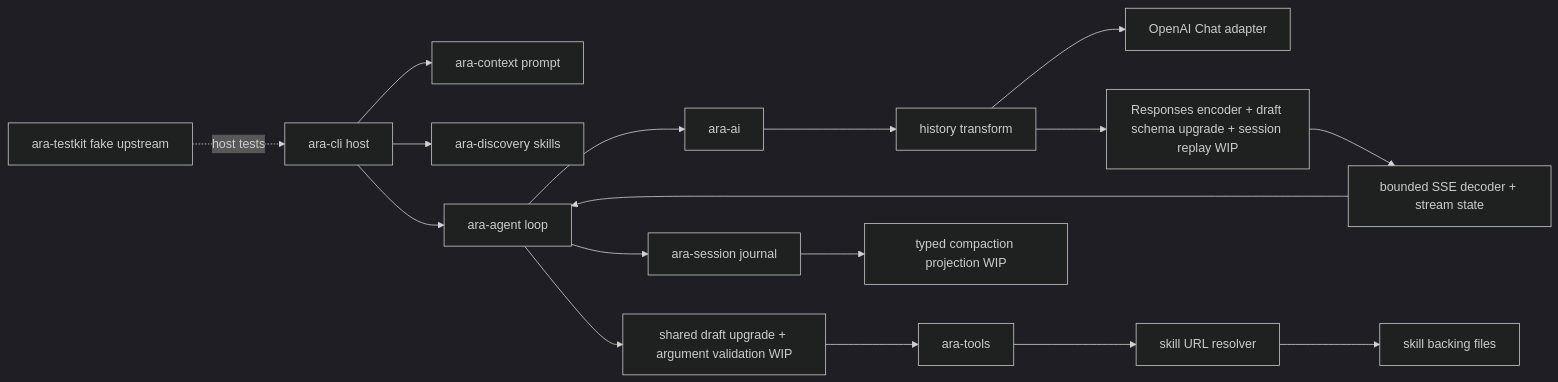
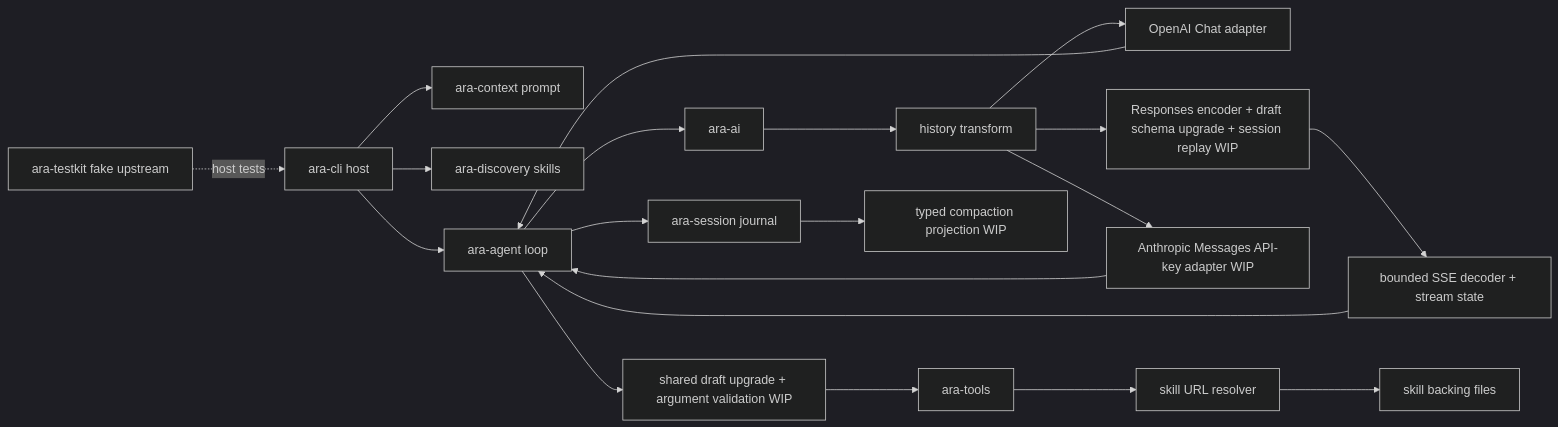
The diagram in docs/handoffs/2026-09-27.md (ZZray/ara), drawn with Mermaid (dark theme) before and after one commit. The commit also changed other lines of this file and 2 other files, not shown here.

Commit message:
docs: record Anthropic Messages WIP evidence

````diff
--- a/docs/handoffs/2026-09-27.md
+++ b/docs/handoffs/2026-09-27.md
@@ -97,19 +112,22 @@
 ```mermaid
 flowchart LR
     CLI[ara-cli host] --> CTX[ara-context prompt]
     CLI --> DISC[ara-discovery skills]
     CLI --> AGT[ara-agent loop]
     AGT --> AI[ara-ai]
     AI --> XFORM[history transform]
     XFORM --> PROVIDER[OpenAI Chat adapter]
+    PROVIDER --> AGT
     XFORM --> RESP[Responses encoder + draft schema upgrade + session replay WIP]
+    XFORM --> ANTH[Anthropic Messages API-key adapter WIP]
+    ANTH --> AGT
     RESP --> SSE[bounded SSE decoder + stream state]
     SSE --> AGT
     AGT --> VALID[shared draft upgrade + argument validation WIP]
     VALID --> TOOLS[ara-tools]
     TOOLS --> URL[skill URL resolver]
     URL --> FS[skill backing files]
     AGT --> SES[ara-session journal]
     SES --> PROJ[typed compaction projection WIP]
     TK[ara-testkit fake upstream] -. host tests .-> CLI
 ```
````
